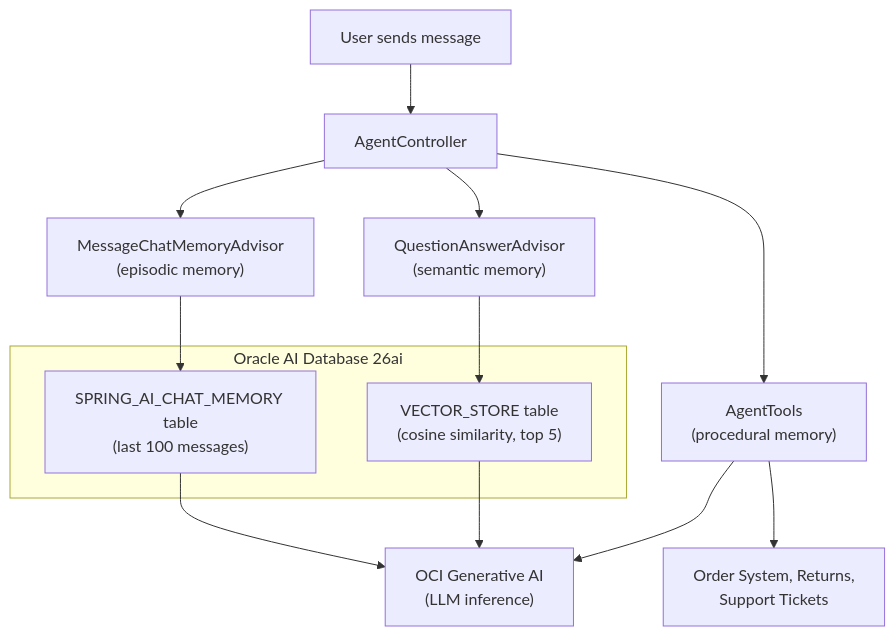
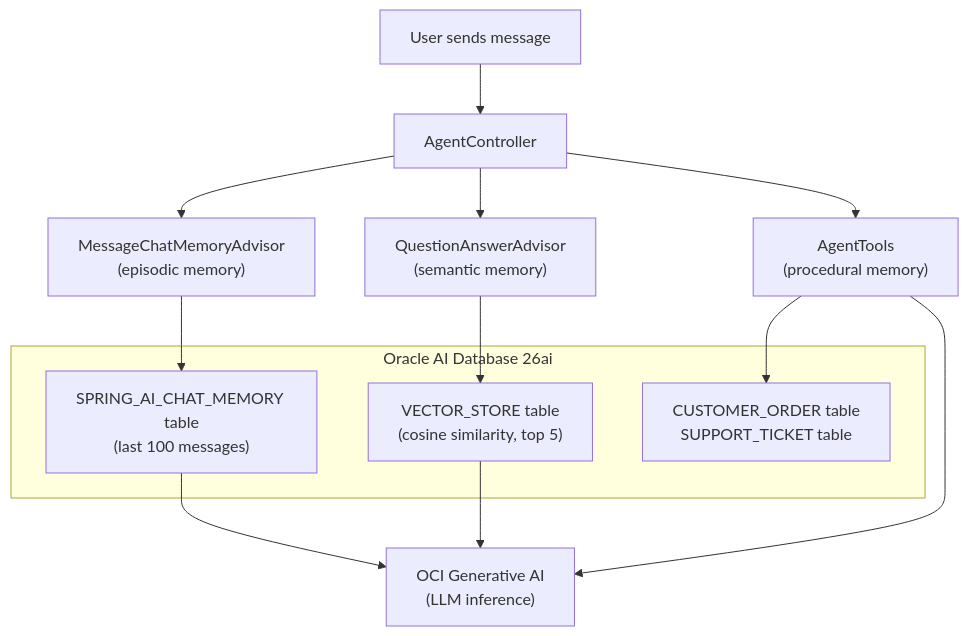
Before and after one commit to vmleon/oracle-database-java-agent-memory: the first of 2 diagrams in docs/blog.md, drawn with Mermaid. The commit also changed other lines of this file and 10 other files, not shown here.

````diff
--- a/docs/blog.md
+++ b/docs/blog.md
@@ -19,18 +19,19 @@
 ```mermaid
 graph TD
     User["User sends message"] --> Controller["AgentController"]
     Controller --> EpisodicAdvisor["MessageChatMemoryAdvisor<br/>(episodic memory)"]
     Controller --> SemanticAdvisor["QuestionAnswerAdvisor<br/>(semantic memory)"]
     Controller --> Tools["AgentTools<br/>(procedural memory)"]
     EpisodicAdvisor --> ChatTable["SPRING_AI_CHAT_MEMORY table<br/>(last 100 messages)"]
     SemanticAdvisor --> VectorTable["VECTOR_STORE table<br/>(cosine similarity, top 5)"]
-    Tools --> ExternalSystems["Order System, Returns,<br/>Support Tickets"]
+    Tools --> OrdersTable["CUSTOMER_ORDER table<br/>SUPPORT_TICKET table"]
     ChatTable --> LLM["OCI Generative AI<br/>(LLM inference)"]
     VectorTable --> LLM
     Tools --> LLM
 
     subgraph Oracle AI Database 26ai
         ChatTable
         VectorTable
+        OrdersTable
     end
 ```
````
